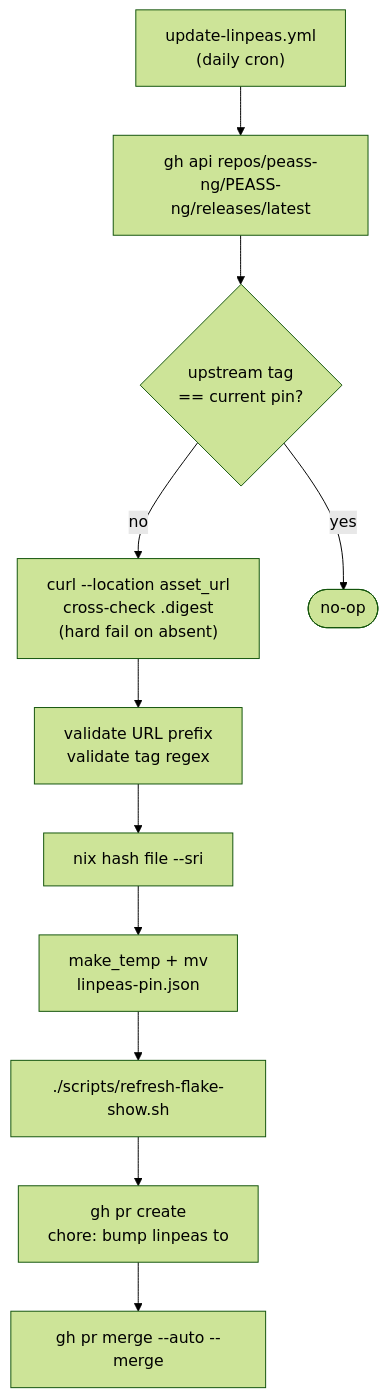
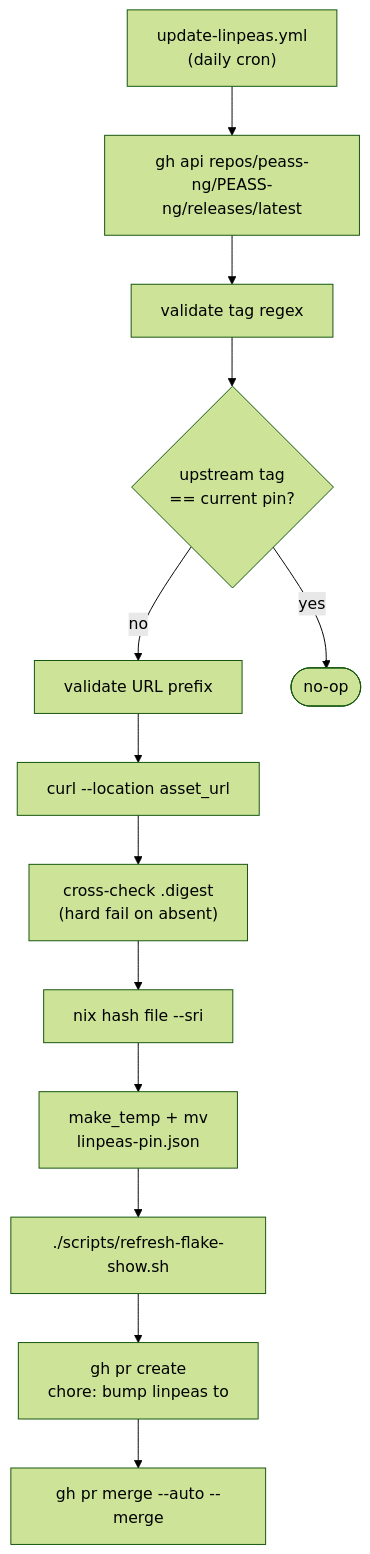
One commit to rvenutolo/linPEAS-flake changed the first of 3 diagrams in docs/architecture/auto-update.md. Above: the diagram before and after it, drawn with Mermaid (forest theme). The commit also changed 10 other files, not shown here.

````diff
--- a/docs/architecture/auto-update.md
+++ b/docs/architecture/auto-update.md
@@ -7,18 +7,20 @@
 ```mermaid
 flowchart TD
   cron["update-linpeas.yml<br/>(daily cron)"]
   api["gh api repos/peass-ng/PEASS-ng/releases/latest"]
+  tagcheck["validate tag regex"]
   compare{"upstream tag<br/>== current pin?"}
-  fetch["curl --location asset_url<br/>cross-check .digest<br/>(hard fail on absent)"]
-  validate["validate URL prefix<br/>validate tag regex"]
+  urlcheck["validate URL prefix"]
+  fetch["curl --location asset_url"]
+  digest["cross-check .digest<br/>(hard fail on absent)"]
   hash["nix hash file --sri"]
   write["make_temp + mv<br/>linpeas-pin.json"]
   show["./scripts/refresh-flake-show.sh"]
   pr["gh pr create<br/>chore: bump linpeas to <tag>"]
   automerge["gh pr merge --auto --merge"]
   done(["no-op"])
 
-  cron --> api --> compare
+  cron --> api --> tagcheck --> compare
   compare -- yes --> done
-  compare -- no --> fetch --> validate --> hash --> write --> show --> pr --> automerge
+  compare -- no --> urlcheck --> fetch --> digest --> hash --> write --> show --> pr --> automerge
 ```
````
